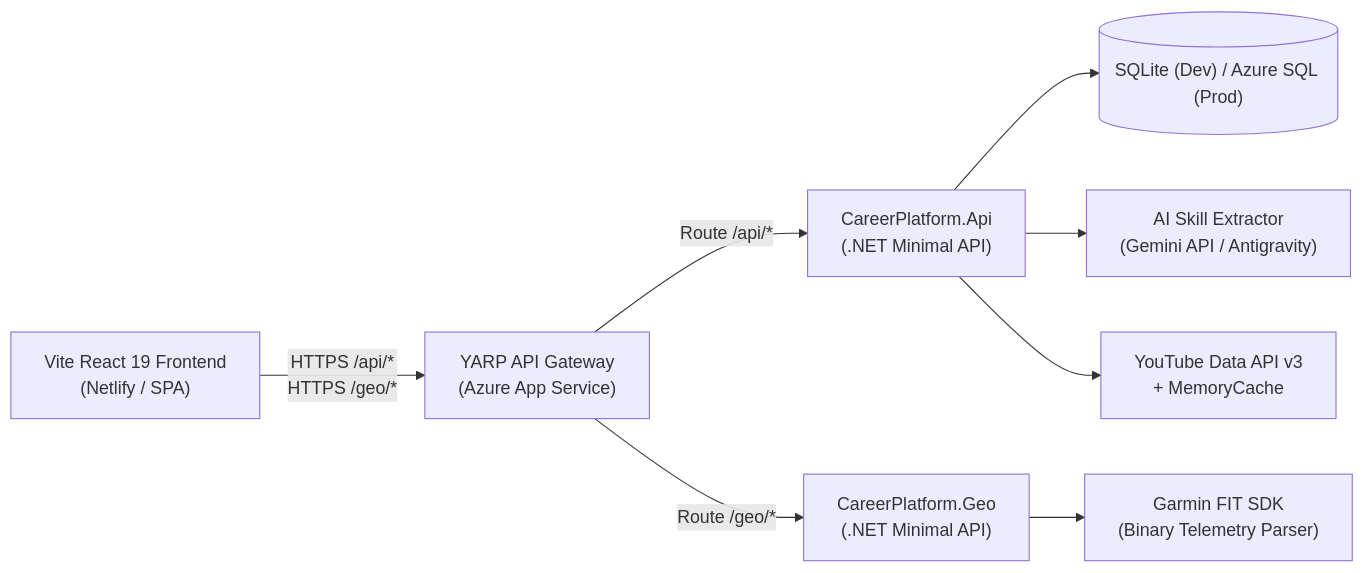
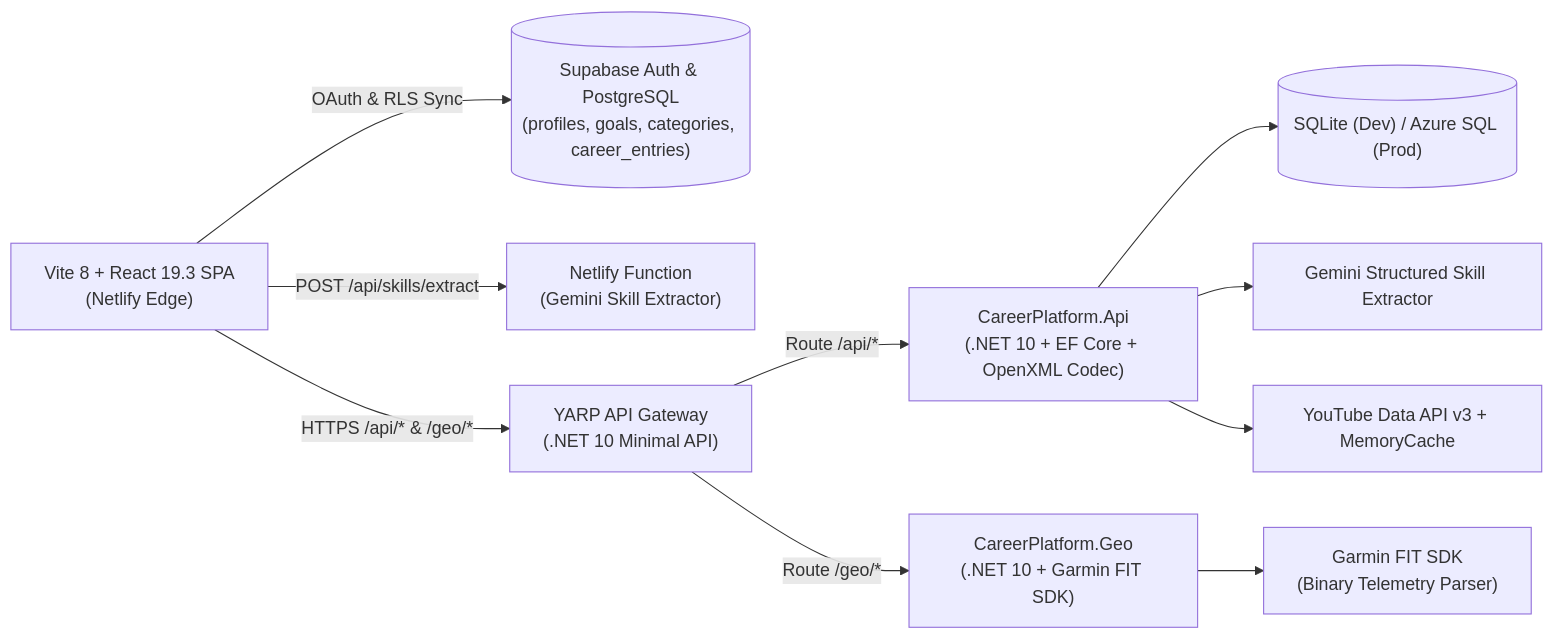
Before and after one commit to JohnBendfeldt/career-architecture-platform: the diagram in README.md, drawn with Mermaid. The commit also changed other lines of this file and 3 other files, not shown here.

Commit message:
docs: update system architecture and features in documentation and tests

````diff
--- a/README.md
+++ b/README.md
@@ -9,10 +9,12 @@
 ```mermaid
 flowchart LR
-    Web["Vite React 19 Frontend\n(Netlify / SPA)"] -->|"HTTPS /api/*\nHTTPS /geo/*"| Gateway["YARP API Gateway\n(Azure App Service)"]
-    Gateway -->|"Route /api/*"| Api["CareerPlatform.Api\n(.NET Minimal API)"]
-    Gateway -->|"Route /geo/*"| Geo["CareerPlatform.Geo\n(.NET Minimal API)"]
+    Web["Vite 8 + React 19.3 SPA\n(Netlify Edge)"] -->|"OAuth & RLS Sync"| Supabase[("Supabase Auth & PostgreSQL\n(profiles, goals, categories, career_entries)")]
+    Web -->|"POST /api/skills/extract"| EdgeFn["Netlify Function\n(Gemini Skill Extractor)"]
+    Web -->|"HTTPS /api/* & /geo/*"| Gateway["YARP API Gateway\n(.NET 10 Minimal API)"]
+    Gateway -->|"Route /api/*"| Api["CareerPlatform.Api\n(.NET 10 + EF Core + OpenXML Codec)"]
+    Gateway -->|"Route /geo/*"| Geo["CareerPlatform.Geo\n(.NET 10 + Garmin FIT SDK)"]
     Api --> DB[("SQLite (Dev) / Azure SQL (Prod)")]
-    Api --> AI["AI Skill Extractor\n(Gemini API / Antigravity)"]
-    Api --> YT["YouTube Data API v3\n+ MemoryCache"]
+    Api --> AI["Gemini Structured Skill Extractor"]
+    Api --> YT["YouTube Data API v3 + MemoryCache"]
     Geo --> FIT["Garmin FIT SDK\n(Binary Telemetry Parser)"]
 ```
````
